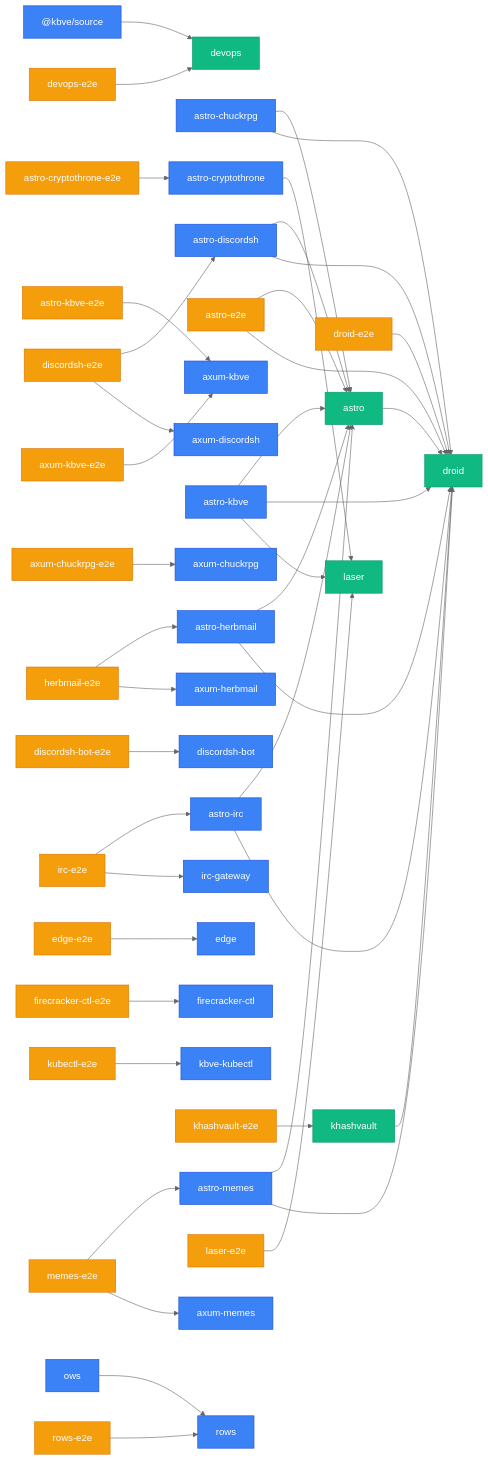
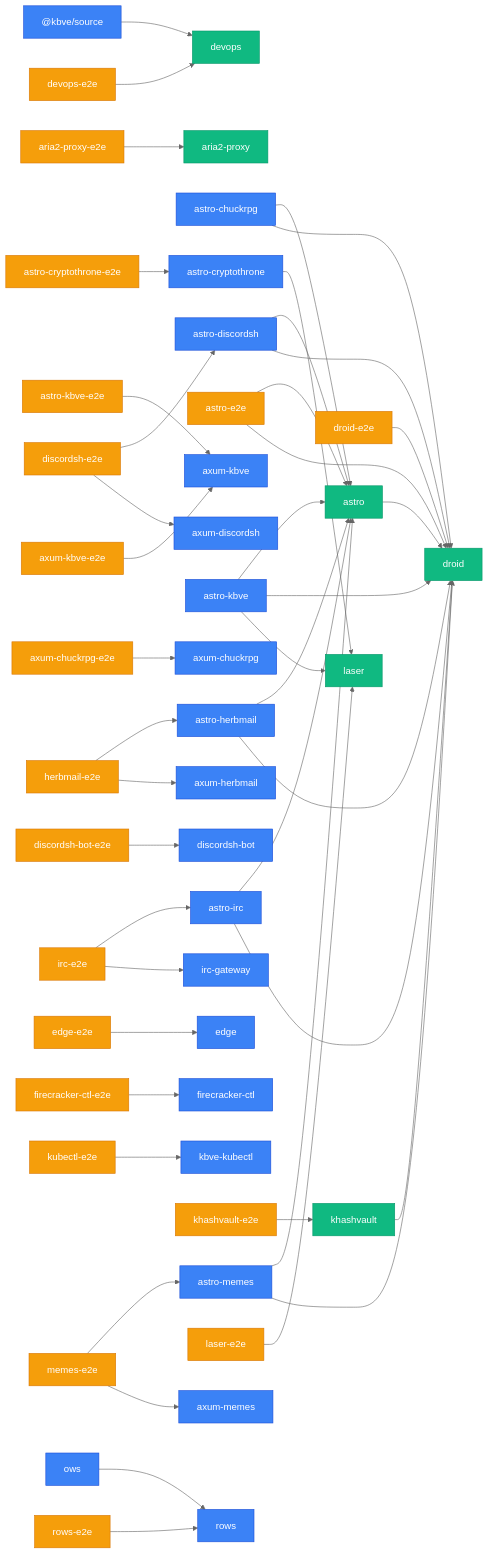
Before and after one commit to KBVE/kbve: the third of 3 diagrams in apps/kbve/astro-kbve/src/content/docs/dashboard/graph.mdx, drawn with Mermaid (neutral theme). The commit also changed other lines of this file and 8 other files, not shown here.

````diff
--- a/apps/kbve/astro-kbve/src/content/docs/dashboard/graph.mdx
+++ b/apps/kbve/astro-kbve/src/content/docs/dashboard/graph.mdx
@@ -79,50 +79,51 @@
 ```mermaid
 graph LR
     classDef app fill:#3b82f6,stroke:#1d4ed8,color:#fff
     classDef lib fill:#10b981,stroke:#059669,color:#fff
     classDef e2e fill:#f59e0b,stroke:#d97706,color:#fff
     _kbve_source["@kbve/source"] --> devops["devops"]
+    aria2_proxy_e2e["aria2-proxy-e2e"] --> aria2_proxy["aria2-proxy"]
     astro["astro"] --> droid["droid"]
     astro_chuckrpg["astro-chuckrpg"] --> astro["astro"]
     astro_chuckrpg["astro-chuckrpg"] --> droid["droid"]
     astro_cryptothrone["astro-cryptothrone"] --> laser["laser"]
     astro_cryptothrone_e2e["astro-cryptothrone-e2e"] --> astro_cryptothrone["astro-cryptothrone"]
     astro_discordsh["astro-discordsh"] --> astro["astro"]
     astro_discordsh["astro-discordsh"] --> droid["droid"]
     astro_e2e["astro-e2e"] --> astro["astro"]
     astro_e2e["astro-e2e"] --> droid["droid"]
     astro_herbmail["astro-herbmail"] --> astro["astro"]
     astro_herbmail["astro-herbmail"] --> droid["droid"]
     astro_irc["astro-irc"] --> astro["astro"]
     astro_irc["astro-irc"] --> droid["droid"]
     astro_kbve["astro-kbve"] --> astro["astro"]
     astro_kbve["astro-kbve"] --> droid["droid"]
     astro_kbve["astro-kbve"] --> laser["laser"]
     astro_kbve_e2e["astro-kbve-e2e"] --> axum_kbve["axum-kbve"]
     astro_memes["astro-memes"] --> astro["astro"]
     astro_memes["astro-memes"] --> droid["droid"]
     axum_chuckrpg_e2e["axum-chuckrpg-e2e"] --> axum_chuckrpg["axum-chuckrpg"]
     axum_kbve_e2e["axum-kbve-e2e"] --> axum_kbve["axum-kbve"]
     devops_e2e["devops-e2e"] --> devops["devops"]
     discordsh_bot_e2e["discordsh-bot-e2e"] --> discordsh_bot["discordsh-bot"]
     discordsh_e2e["discordsh-e2e"] --> astro_discordsh["astro-discordsh"]
     discordsh_e2e["discordsh-e2e"] --> axum_discordsh["axum-discordsh"]
     droid_e2e["droid-e2e"] --> droid["droid"]
     edge_e2e["edge-e2e"] --> edge["edge"]
     firecracker_ctl_e2e["firecracker-ctl-e2e"] --> firecracker_ctl["firecracker-ctl"]
     herbmail_e2e["herbmail-e2e"] --> astro_herbmail["astro-herbmail"]
     herbmail_e2e["herbmail-e2e"] --> axum_herbmail["axum-herbmail"]
     irc_e2e["irc-e2e"] --> astro_irc["astro-irc"]
     irc_e2e["irc-e2e"] --> irc_gateway["irc-gateway"]
     khashvault["khashvault"] --> droid["droid"]
     khashvault_e2e["khashvault-e2e"] --> khashvault["khashvault"]
     kubectl_e2e["kubectl-e2e"] --> kbve_kubectl["kbve-kubectl"]
     laser_e2e["laser-e2e"] --> laser["laser"]
     memes_e2e["memes-e2e"] --> astro_memes["astro-memes"]
     memes_e2e["memes-e2e"] --> axum_memes["axum-memes"]
     ows["ows"] --> rows["rows"]
     rows_e2e["rows-e2e"] --> rows["rows"]
     class _kbve_source,angelscript,astro_chuckrpg,astro_cryptothrone,astro_discordsh,astro_herbmail,astro_irc,astro_kbve,astro_memes,axum_chuckrpg,axum_cryptothrone,axum_discordsh,axum_herbmail,axum_kbve,axum_memes,cryptothrone,desktop_kbve,discordsh,discordsh_bot,edge,firecracker_ctl,herbmail,iot_edge_worker,irc,irc_gateway,isometric,kbve_kubectl,kilobase,mc,mc_lobby,mc_velocity,memes,notification_bot,ows,pydesk,rows app
-    class astro,bevy_battle,bevy_cam,bevy_inventory,bevy_items,bevy_kbve_net,bevy_mapdb,bevy_npc,bevy_player,bevy_quests,bevy_skills,bevy_statemachine,bevy_tasker,chisel_ubuntu_axum,data_proto,devops,droid,erust,holy,jedi,kbve,khashvault,laser,python_fudster,python_kbve,q,uniti lib
-    class astro_cryptothrone_e2e,astro_e2e,astro_kbve_e2e,axum_chuckrpg_e2e,axum_kbve_e2e,devops_e2e,discordsh_bot_e2e,discordsh_e2e,droid_e2e,edge_e2e,firecracker_ctl_e2e,herbmail_e2e,irc_e2e,khashvault_e2e,kubectl_e2e,laser_e2e,memes_e2e,rows_e2e e2e
+    class aria2_proxy,astro,bevy_battle,bevy_cam,bevy_inventory,bevy_items,bevy_kbve_net,bevy_mapdb,bevy_npc,bevy_player,bevy_quests,bevy_skills,bevy_statemachine,bevy_tasker,chisel_ubuntu_axum,data_proto,devops,droid,erust,holy,jedi,kbve,khashvault,laser,python_fudster,python_kbve,q,uniti lib
+    class aria2_proxy_e2e,astro_cryptothrone_e2e,astro_e2e,astro_kbve_e2e,axum_chuckrpg_e2e,axum_kbve_e2e,devops_e2e,discordsh_bot_e2e,discordsh_e2e,droid_e2e,edge_e2e,firecracker_ctl_e2e,herbmail_e2e,irc_e2e,khashvault_e2e,kubectl_e2e,laser_e2e,memes_e2e,rows_e2e e2e
 ```
````
